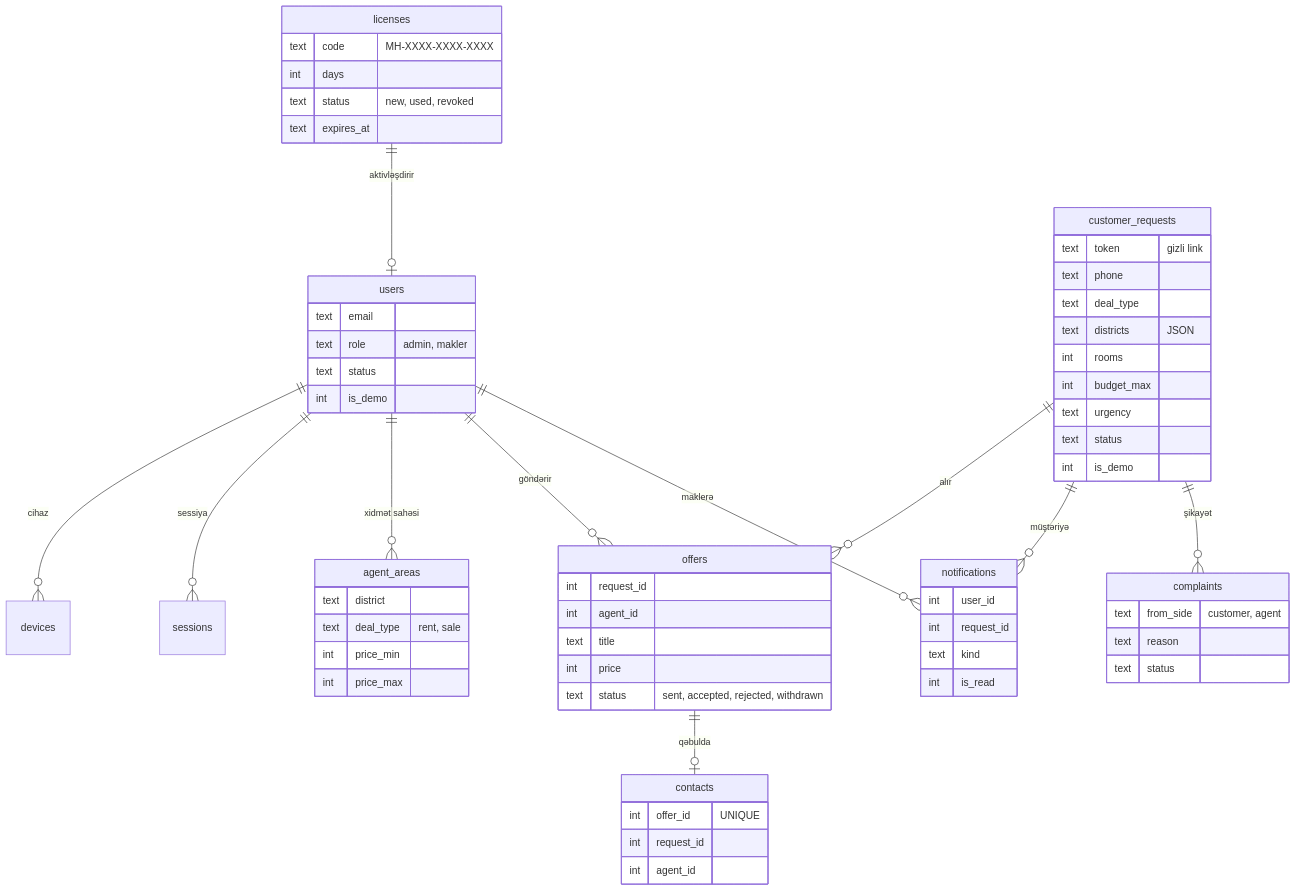
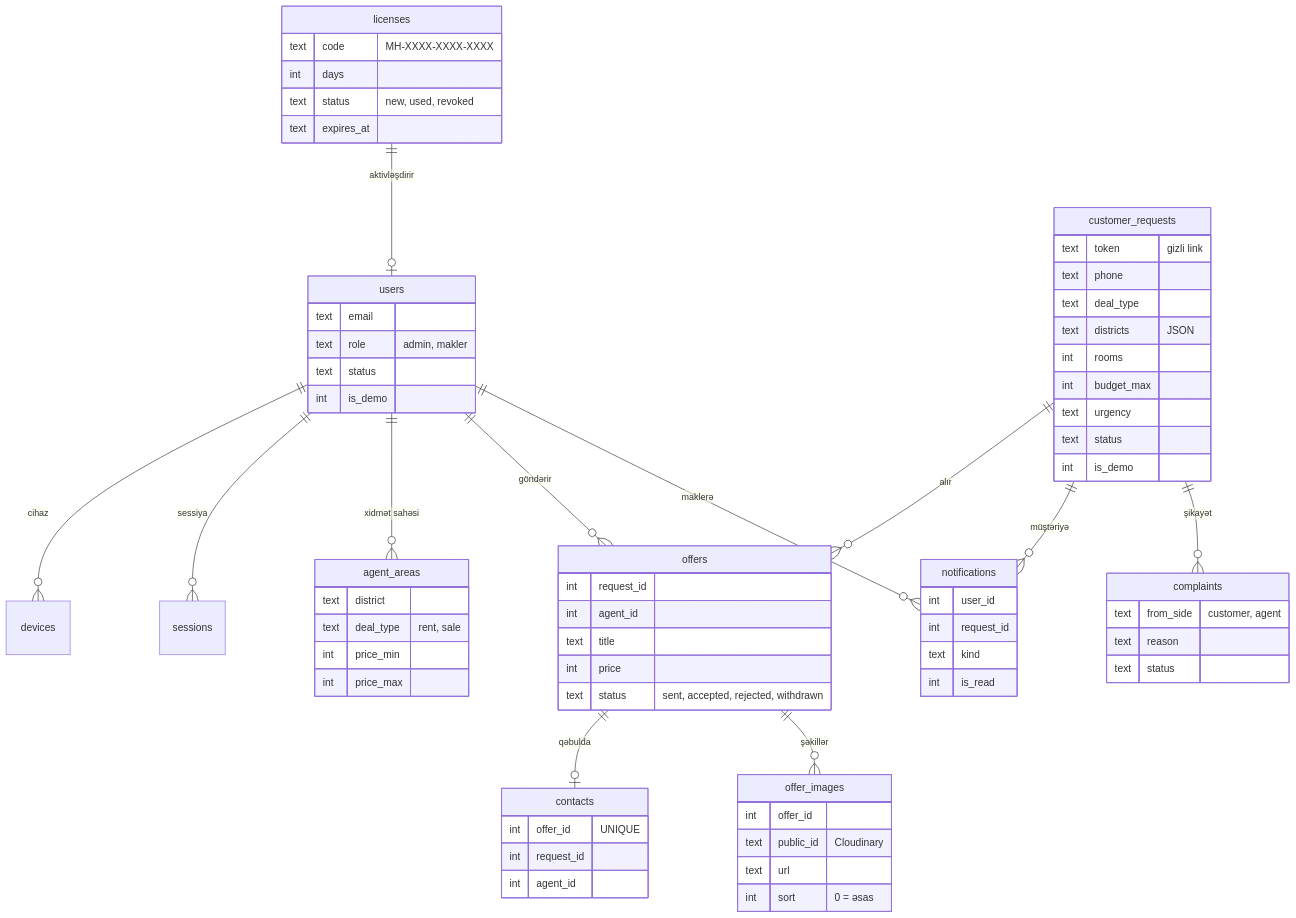
Before and after one commit to eLmincfrLu/MaklerHub: the second of 2 diagrams in README.md, drawn with Mermaid. The commit also changed other lines of this file and 24 other files, not shown here.

````diff
--- a/README.md
+++ b/README.md
@@ -120,65 +126,72 @@
 ```mermaid
 erDiagram
     licenses ||--o| users : "aktivləşdirir"
     users ||--o{ devices : "cihaz"
     users ||--o{ sessions : "sessiya"
     users ||--o{ agent_areas : "xidmət sahəsi"
     users ||--o{ offers : "göndərir"
     customer_requests ||--o{ offers : "alır"
     offers ||--o| contacts : "qəbulda"
+    offers ||--o{ offer_images : "şəkillər"
     customer_requests ||--o{ notifications : "müştəriyə"
     users ||--o{ notifications : "maklerə"
     customer_requests ||--o{ complaints : "şikayət"
     licenses {
         text code "MH-XXXX-XXXX-XXXX"
         int days
         text status "new, used, revoked"
         text expires_at
     }
     users {
         text email
         text role "admin, makler"
         text status
         int is_demo
     }
     agent_areas {
         text district
         text deal_type "rent, sale"
         int price_min
         int price_max
     }
     customer_requests {
         text token "gizli link"
         text phone
         text deal_type
         text districts "JSON"
         int rooms
         int budget_max
         text urgency
         text status
         int is_demo
     }
     offers {
         int request_id
         int agent_id
         text title
         int price
         text status "sent, accepted, rejected, withdrawn"
     }
+    offer_images {
+        int offer_id
+        text public_id "Cloudinary"
+        text url
+        int sort "0 = əsas"
+    }
     contacts {
         int offer_id "UNIQUE"
         int request_id
         int agent_id
     }
     notifications {
         int user_id
         int request_id
         text kind
         int is_read
     }
     complaints {
         text from_side "customer, agent"
         text reason
         text status
     }
 ```
````
